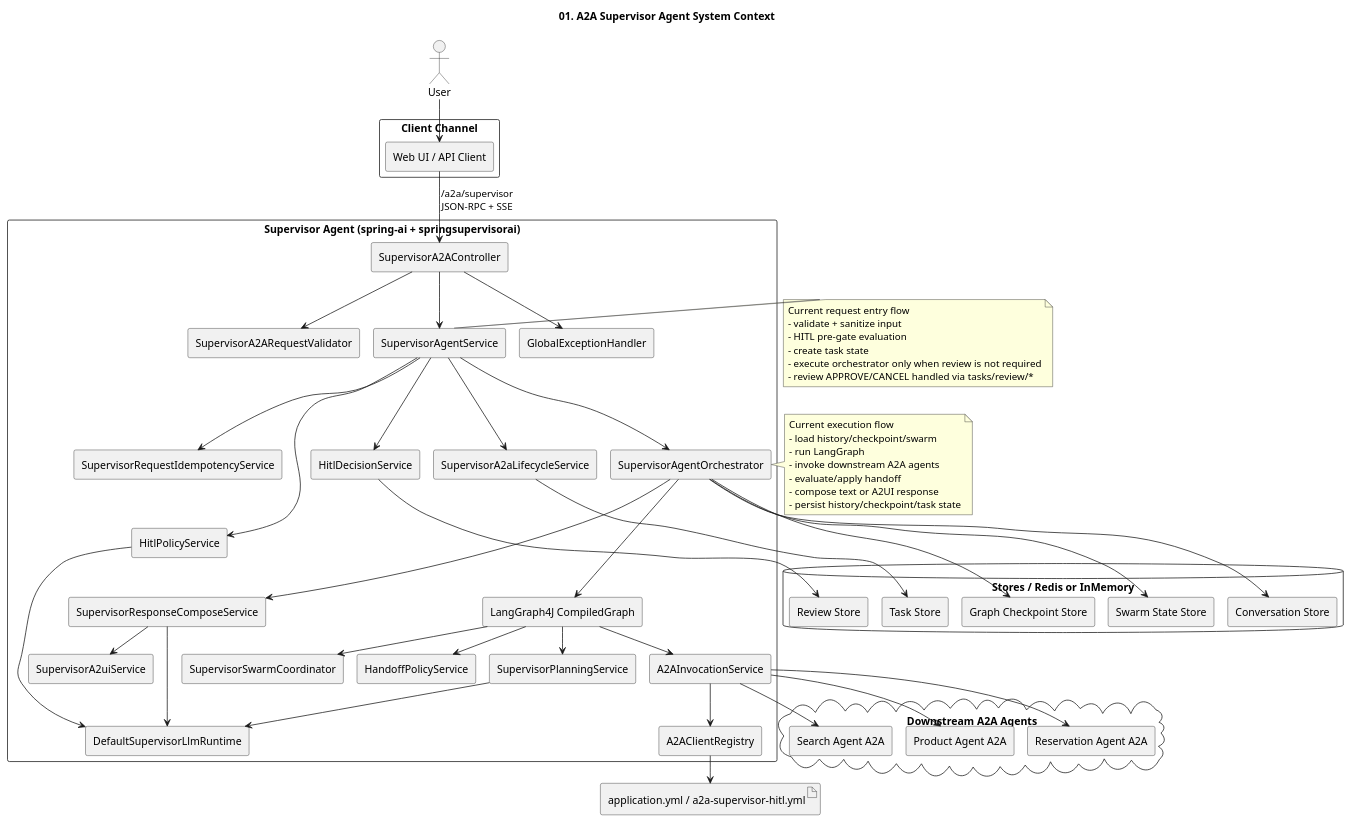
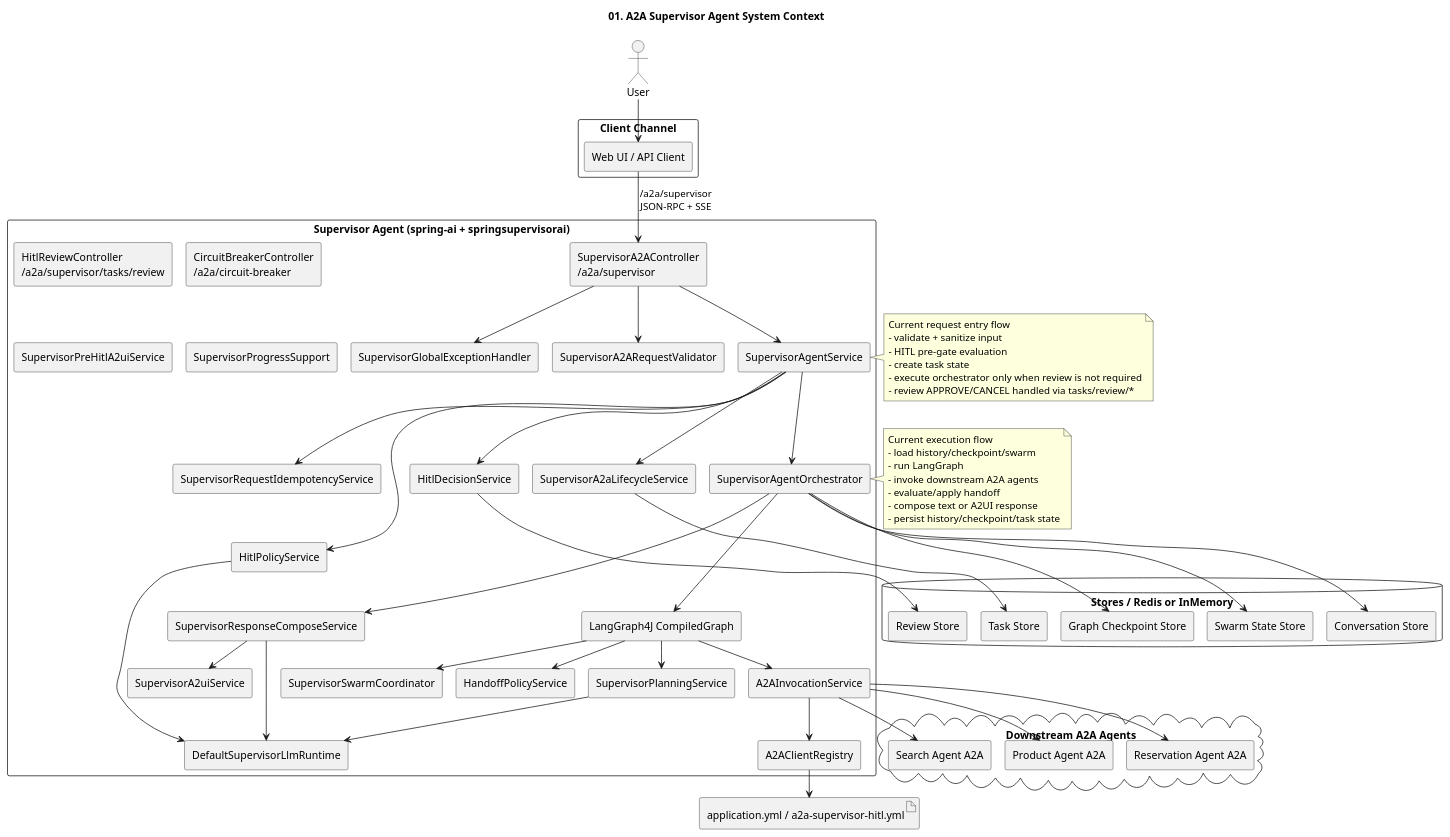
The diagram in documents/a2a-host_agent-architecture/01-system-context.puml (kim57uak/spring-ai), drawn with PlantUML before and after one commit. The commit also changed 139 other files, not shown here.

```diff
--- a/documents/a2a-host_agent-architecture/01-system-context.puml
+++ b/documents/a2a-host_agent-architecture/01-system-context.puml
@@ -1,100 +1,104 @@
 @startuml
 !pragma layout smetana
 title 01. A2A Supervisor Agent System Context
 
 skinparam shadowing false
 skinparam componentStyle rectangle
 
 actor User
 
 rectangle "Client Channel" {
   [Web UI / API Client] as Client
 }
 
 rectangle "Supervisor Agent (spring-ai + springsupervisorai)" {
-  [SupervisorA2AController] as Controller
+  [SupervisorA2AController\n/a2a/supervisor] as Controller
   [SupervisorA2ARequestValidator] as Validator
+  [HitlReviewController\n/a2a/supervisor/tasks/review] as HitlReviewController
+  [CircuitBreakerController\n/a2a/circuit-breaker] as CircuitBreakerController
   [SupervisorAgentService] as Service
   [SupervisorRequestIdempotencyService] as Idempotency
+  [SupervisorPreHitlA2uiService] as PreHitlA2ui
   [HitlPolicyService] as HitlPolicy
   [HitlDecisionService] as HitlDecision
   [SupervisorA2aLifecycleService] as Lifecycle
   [SupervisorAgentOrchestrator] as Orchestrator
   [LangGraph4J CompiledGraph] as Graph
   [SupervisorPlanningService] as Planner
   [A2AInvocationService] as Invocation
   [HandoffPolicyService] as Handoff
   [SupervisorSwarmCoordinator] as SwarmCoordinator
   [SupervisorResponseComposeService] as Composer
   [SupervisorA2uiService] as A2uiService
   [DefaultSupervisorLlmRuntime] as LlmRuntime
+  [SupervisorProgressSupport] as ProgressSupport
   [A2AClientRegistry] as Registry
-  [GlobalExceptionHandler] as Advice
+  [SupervisorGlobalExceptionHandler] as Advice
 }
 
 database "Stores / Redis or InMemory" as Stores {
   [Conversation Store] as ConversationStore
   [Graph Checkpoint Store] as CheckpointStore
   [Swarm State Store] as SwarmStateStore
   [Review Store] as ReviewStore
   [Task Store] as TaskStore
 }
 
 cloud "Downstream A2A Agents" {
   [Product Agent A2A] as ProductAgent
   [Reservation Agent A2A] as ReservationAgent
   [Search Agent A2A] as SearchAgent
 }
 
 artifact "application.yml / a2a-supervisor-hitl.yml" as Config
 
 User --> Client
 Client --> Controller : /a2a/supervisor\nJSON-RPC + SSE
 Controller --> Validator
 Controller --> Service
 Controller --> Advice
 Service --> Idempotency
 Service --> HitlPolicy
 Service --> HitlDecision
 Service --> Lifecycle
 Service --> Orchestrator
 Orchestrator --> Graph
 Graph --> Planner
 Graph --> Invocation
 Graph --> Handoff
 Graph --> SwarmCoordinator
 Orchestrator --> Composer
 Composer --> A2uiService
 Planner --> LlmRuntime
 HitlPolicy --> LlmRuntime
 Composer --> LlmRuntime
 Invocation --> Registry
 Registry --> Config
 Invocation --> ProductAgent
 Invocation --> ReservationAgent
 Invocation --> SearchAgent
 Orchestrator --> ConversationStore
 Orchestrator --> CheckpointStore
 Orchestrator --> SwarmStateStore
 HitlDecision --> ReviewStore
 Lifecycle --> TaskStore
 
 note right of Service
 Current request entry flow
 - validate + sanitize input
 - HITL pre-gate evaluation
 - create task state
 - execute orchestrator only when review is not required
 - review APPROVE/CANCEL handled via tasks/review/*
 end note
 
 note right of Orchestrator
 Current execution flow
 - load history/checkpoint/swarm
 - run LangGraph
 - invoke downstream A2A agents
 - evaluate/apply handoff
 - compose text or A2UI response
 - persist history/checkpoint/task state
 end note
 @enduml
```
